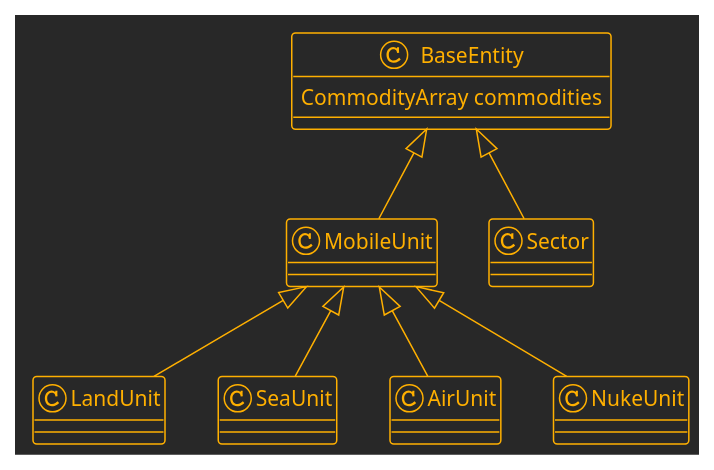
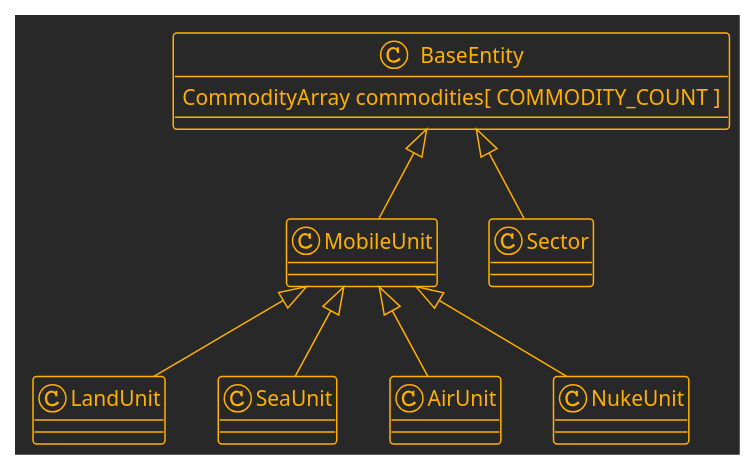
One commit to marknelsonengineer/empire changed the fourth of 6 diagrams in DESIGN_CONCEPTS.md. Above: the diagram before and after it, drawn with PlantUML. The commit also changed other lines of this file and 1 other file, not shown here.

Commit message:
Updating style and clarifying an array

```diff
--- a/DESIGN_CONCEPTS.md
+++ b/DESIGN_CONCEPTS.md
@@ -159,23 +159,23 @@
 @startuml
 !theme crt-amber
 
 class Sector
 class BaseEntity {
-  CommodityArray commodities
+  CommodityArray commodities[ COMMODITY_COUNT ]
 }
 
 class MobileUnit
 class LandUnit
 class SeaUnit
 class AirUnit
 class NukeUnit
 
 ' Relationships
 Sector          -up-|> BaseEntity
 MobileUnit        -up-|> BaseEntity
 LandUnit        -up-|> MobileUnit
 SeaUnit         -up-|> MobileUnit
 AirUnit         -up-|> MobileUnit
 NukeUnit        -up-|> MobileUnit
 
 @enduml
```
